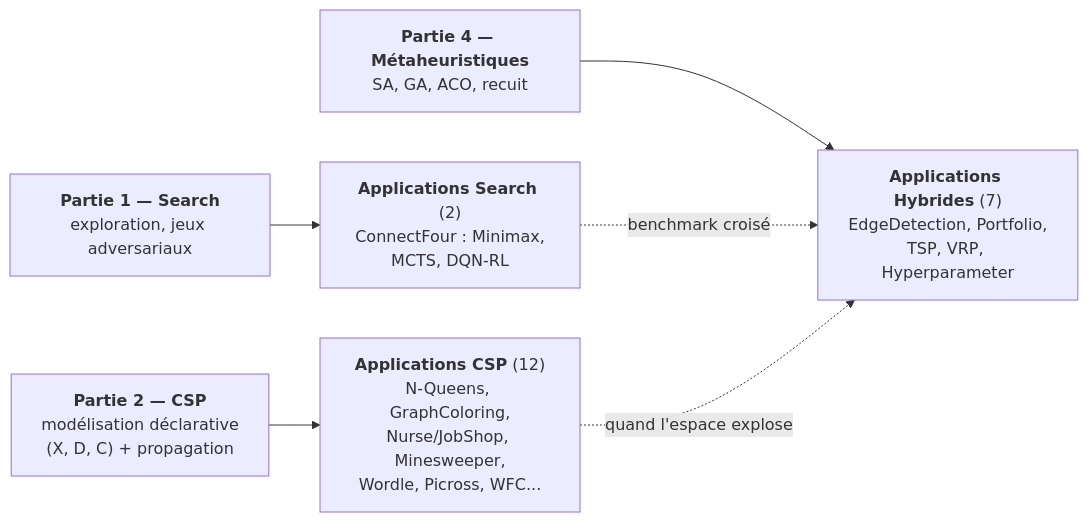
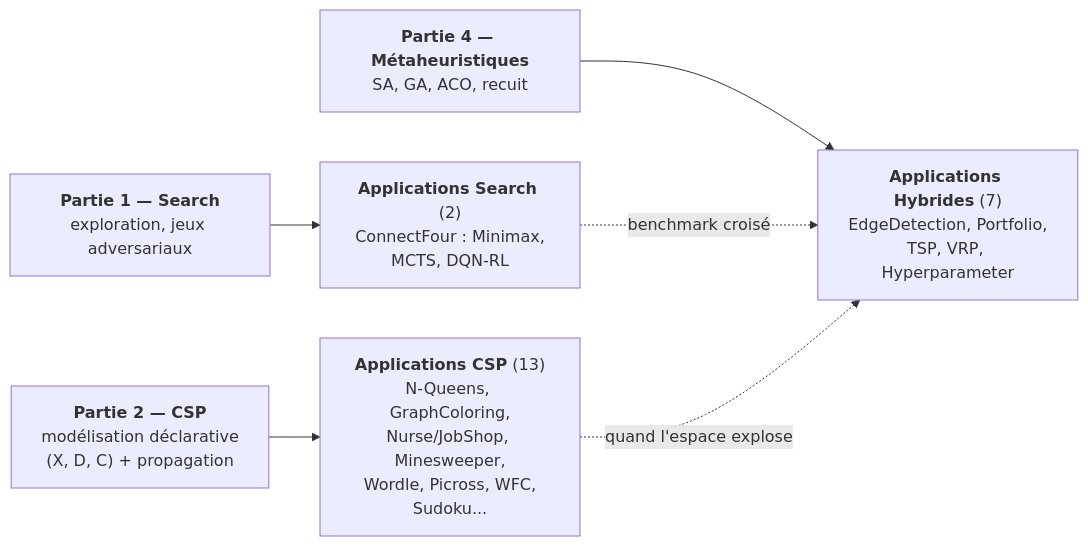
The diagram in MyIA.AI.Notebooks/Search/Applications/README.md (jsboige/CoursIA), drawn with Mermaid before and after one commit. The commit also changed other lines of this file, not shown here.

First line of the commit message:
docs(search): register App-20 SudokuBenchmark in Applications leaf README (See #4208/#4212/#3973)

````diff
--- a/MyIA.AI.Notebooks/Search/Applications/README.md
+++ b/MyIA.AI.Notebooks/Search/Applications/README.md
@@ -38,14 +38,14 @@
 ```mermaid
 flowchart LR
     P1["<b>Partie 1 — Search</b><br/>exploration, jeux adversariaux"]
     P2["<b>Partie 2 — CSP</b><br/>modélisation déclarative<br/>(X, D, C) + propagation"]
     P4["<b>Partie 4 — Métaheuristiques</b><br/>SA, GA, ACO, recuit"]
     S["<b>Applications Search</b> (2)<br/>ConnectFour : Minimax,<br/>MCTS, DQN-RL"]
-    C["<b>Applications CSP</b> (12)<br/>N-Queens, GraphColoring,<br/>Nurse/JobShop, Minesweeper,<br/>Wordle, Picross, WFC..."]
+    C["<b>Applications CSP</b> (13)<br/>N-Queens, GraphColoring,<br/>Nurse/JobShop, Minesweeper,<br/>Wordle, Picross, WFC,<br/>Sudoku..."]
     H["<b>Applications Hybrides</b> (7)<br/>EdgeDetection, Portfolio,<br/>TSP, VRP, Hyperparameter"]
     P1 --> S
     P2 --> C
     P4 --> H
     S -.->|"benchmark croisé"| H
     C -.->|"quand l'espace explose"| H
 ```
````
